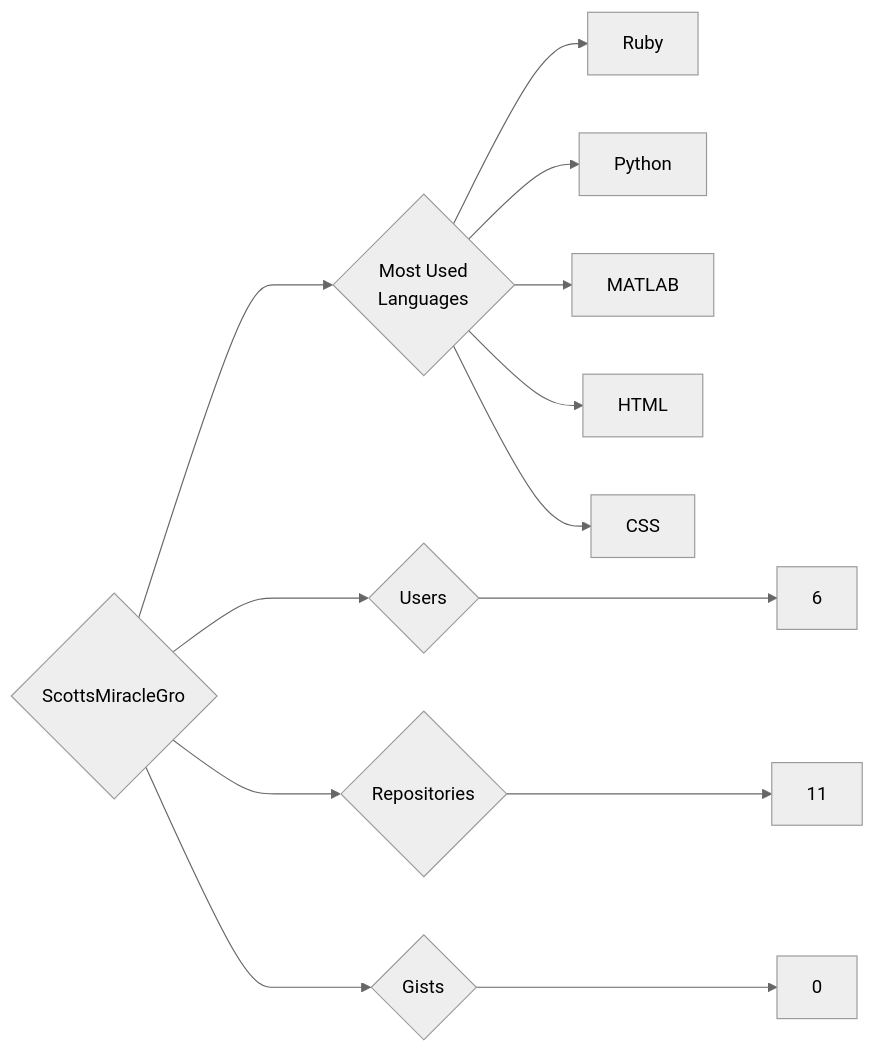
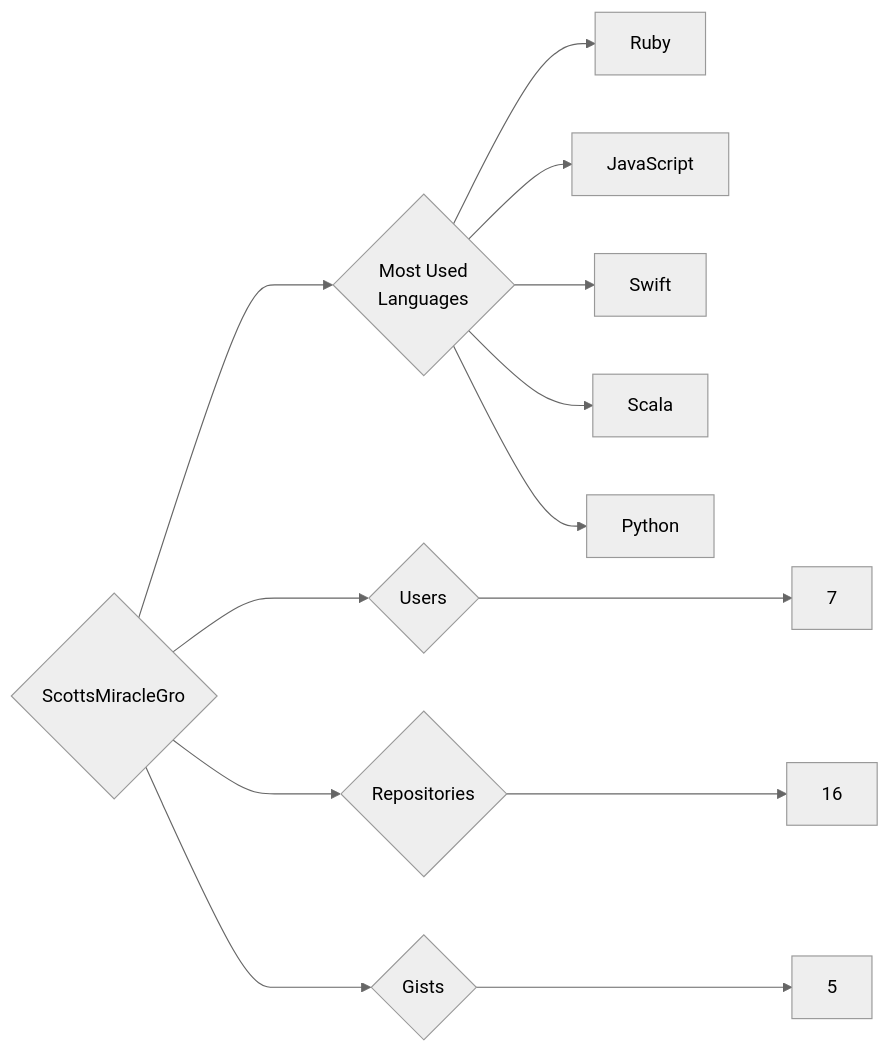
The diagram in targets/ScottsMiracleGro/README.md (trickest/insiders), drawn with Mermaid (neutral theme) before and after one commit. The commit also changed 1479 other files, not shown here.

````diff
--- a/targets/ScottsMiracleGro/README.md
+++ b/targets/ScottsMiracleGro/README.md
@@ -3,13 +3,13 @@
 ```mermaid
 graph LR
 COMPANY_NAME{ScottsMiracleGro}
-COMPANY_NAME ---> U{Users} ---> UN[6]
-COMPANY_NAME ---> R{Repositories} ---> RN[11]
-COMPANY_NAME ---> G{Gists} ---> GN[0]
+COMPANY_NAME ---> U{Users} ---> UN[7]
+COMPANY_NAME ---> R{Repositories} ---> RN[16]
+COMPANY_NAME ---> G{Gists} ---> GN[5]
 COMPANY_NAME ---> ML{Most Used<br>Languages}
 ML --> Ruby[Ruby]
+ML --> JavaScript[JavaScript]
+ML --> Swift[Swift]
+ML --> Scala[Scala]
 ML --> Python[Python]
-ML --> MATLAB[MATLAB]
-ML --> HTML[HTML]
-ML --> CSS[CSS]
 ```
````
